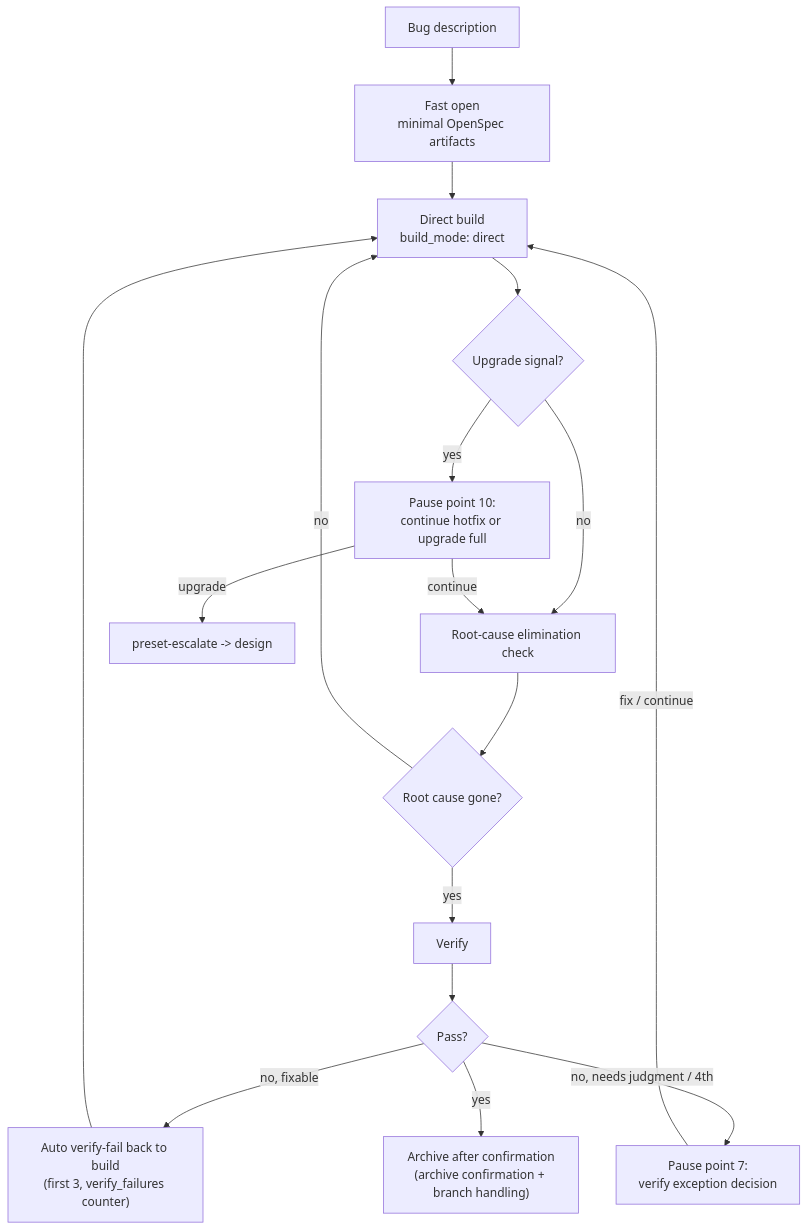
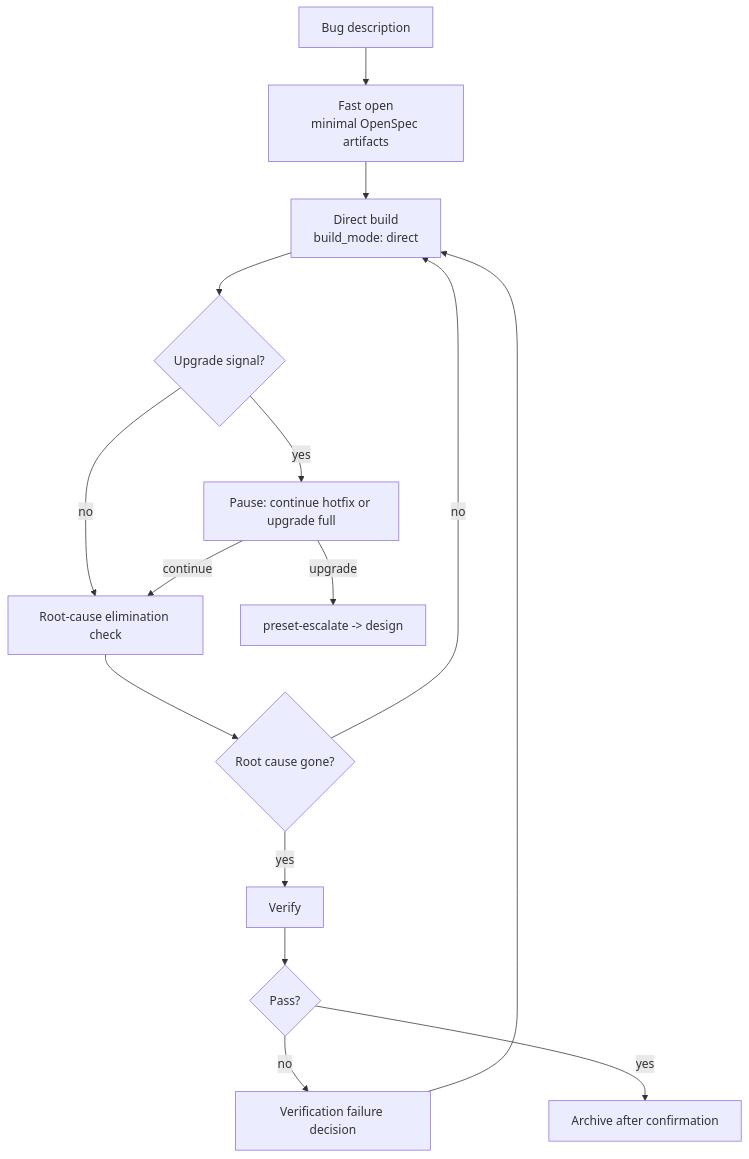
One commit to rpamis/comet-website-docs changed the diagram in en/presets/hotfix.mdx. Above: the diagram before and after it, drawn with Mermaid. The commit also changed other lines of this file and 114 other files, not shown here.

````diff
--- a/en/presets/hotfix.mdx
+++ b/en/presets/hotfix.mdx
@@ -44,19 +54,17 @@
 ```mermaid
 flowchart TD
     Start["Bug description"] --> S1["Fast open\nminimal OpenSpec artifacts"]
     S1 --> S2["Direct build\nbuild_mode: direct"]
     S2 --> Esc{"Upgrade signal?"}
-    Esc -->|yes| Stop["Pause point 10:\ncontinue hotfix or upgrade full"]
+    Esc -->|yes| Stop["Pause: continue hotfix or upgrade full"]
     Esc -->|no| S3["Root-cause elimination check"]
     Stop -->|continue| S3
     Stop -->|upgrade| Up["preset-escalate -> design"]
     S3 --> Root{"Root cause gone?"}
     Root -->|no| S2
     Root -->|yes| S4["Verify"]
     S4 --> V{"Pass?"}
-    V -->|no, fixable| Auto["Auto verify-fail back to build\n(first 3, verify_failures counter)"]
-    V -->|no, needs judgment / 4th| VfStop["Pause point 7:\nverify exception decision"]
-    Auto --> S2
-    VfStop -->|fix / continue| S2
-    V -->|yes| S5["Archive after confirmation\n(archive confirmation + branch handling)"]
+    V -->|no| Fix["Verification failure decision"]
+    Fix --> S2
+    V -->|yes| S5["Archive after confirmation"]
 ```
````
